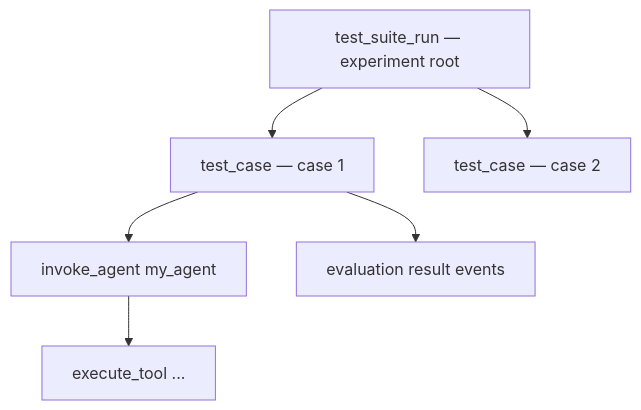
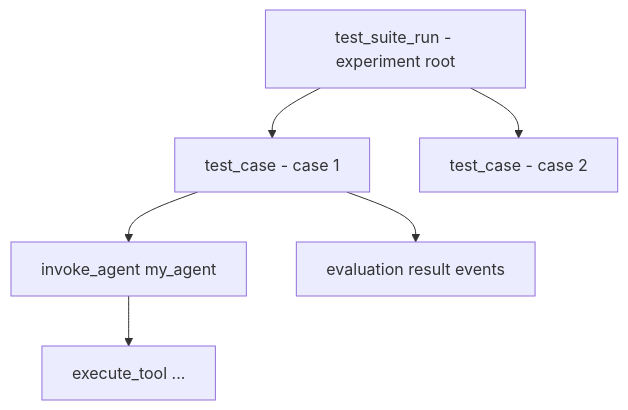
One commit to opensearch-project/observability-stack changed the diagram in docs/starlight-docs/src/content/docs/ai-observability/evaluation.mdx. Above: the diagram before and after it, drawn with Mermaid. The commit also changed other lines of this file and 70 other files, not shown here.

````diff
--- a/docs/starlight-docs/src/content/docs/ai-observability/evaluation.mdx
+++ b/docs/starlight-docs/src/content/docs/ai-observability/evaluation.mdx
@@ -155,8 +155,8 @@
 ```mermaid
 flowchart TD
-    A["test_suite_run — experiment root"] --> B["test_case — case 1"]
-    A --> C["test_case — case 2"]
+    A["test_suite_run - experiment root"] --> B["test_case - case 1"]
+    A --> C["test_case - case 2"]
     B --> D["invoke_agent my_agent"]
     B --> E["evaluation result events"]
     D --> F["execute_tool ..."]
 ```
````
